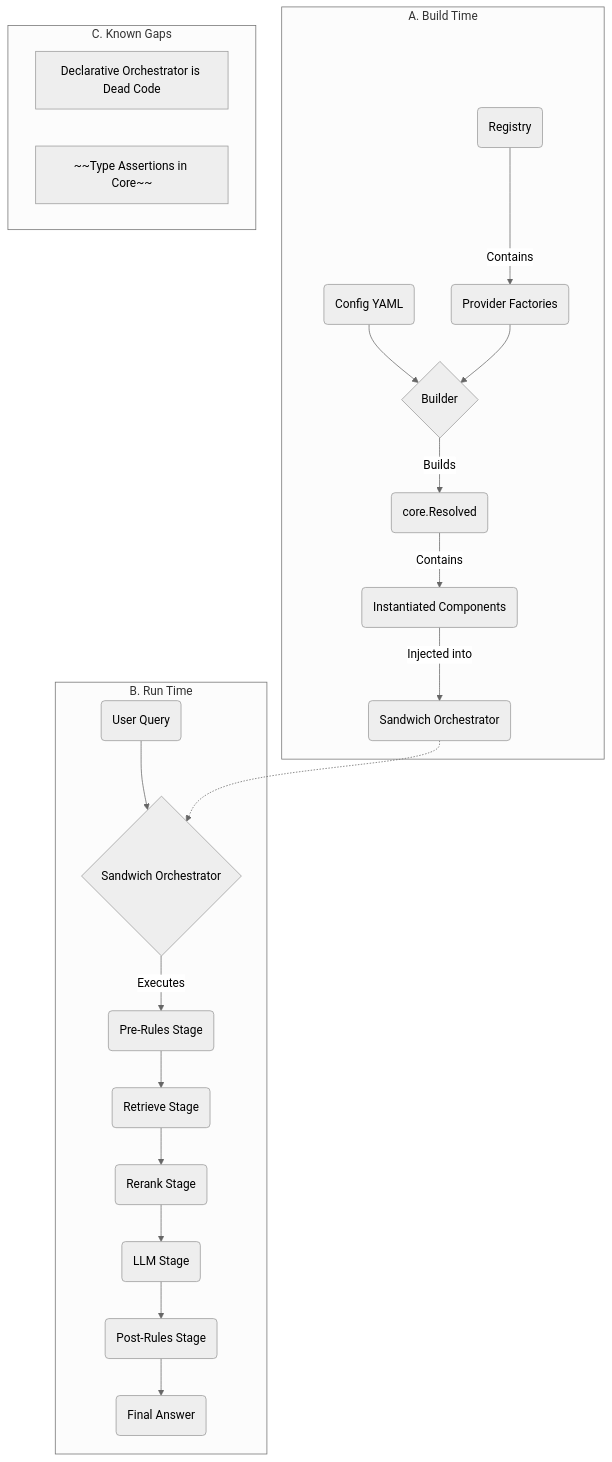
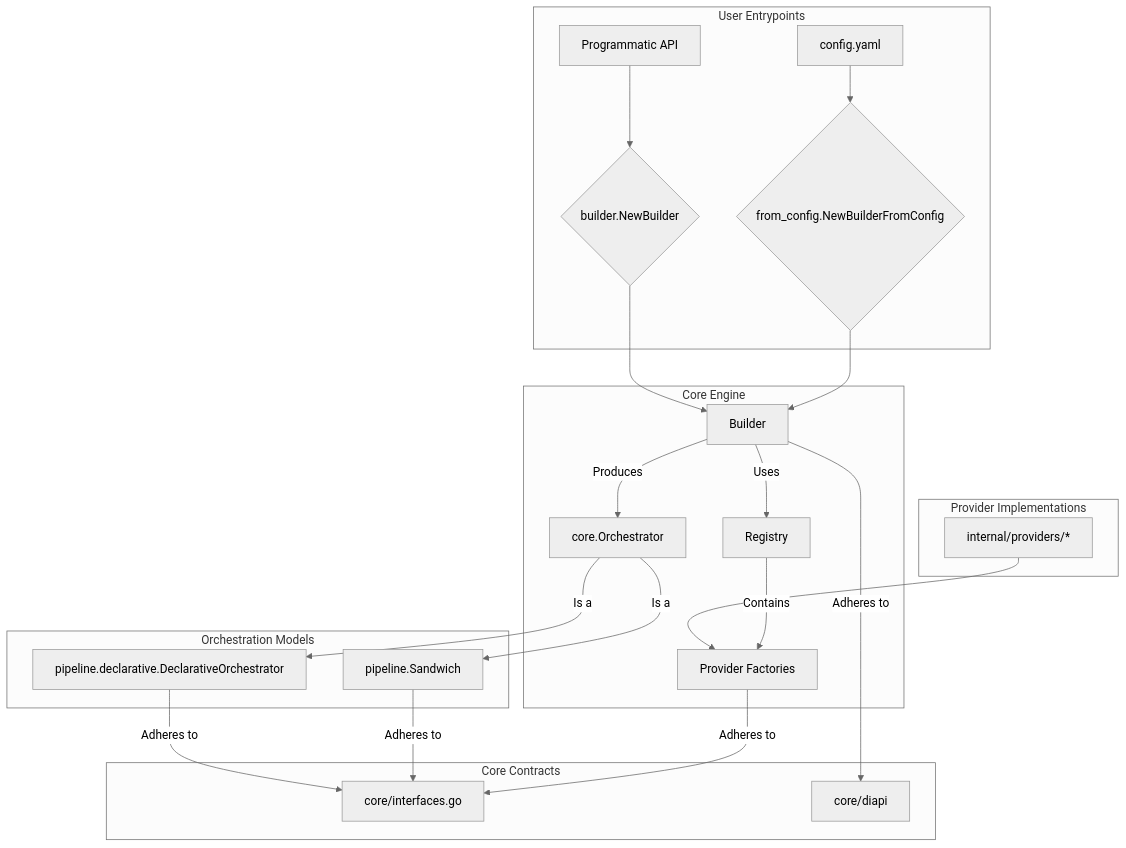
The diagram in docs/CONTEXT.md (duynguyendang/manglekit), drawn with Mermaid (neutral theme) before and after one commit. The commit also changed other lines of this file and 2 other files, not shown here.

First line of the commit message:
docs: Synchronize and update architectural documentation

````diff
--- a/docs/CONTEXT.md
+++ b/docs/CONTEXT.md
@@ -17,28 +17,36 @@
 ```mermaid
 graph TD
-    subgraph "A. Build Time"
-        A1(Config YAML) --> A2{Builder};
-        A3(Registry) -- Contains --> A4(Provider Factories);
-        A4 --> A2;
-        A2 -- Builds --> A5(core.Resolved);
-        A5 -- Contains --> A6(Instantiated Components);
-        A6 -- Injected into --> A7(Sandwich Orchestrator);
+    subgraph "User Entrypoints"
+        A[config.yaml] --> C{from_config.NewBuilderFromConfig}
+        B[Programmatic API] --> D{builder.NewBuilder}
     end
 
-    subgraph "B. Run Time"
-        B1(User Query) --> B2{Sandwich Orchestrator};
-        B2 -- Executes --> B3(Pre-Rules Stage);
-        B3 --> B4(Retrieve Stage);
-        B4 --> B5(Rerank Stage);
-        B5 --> B6(LLM Stage);
-        B6 --> B7(Post-Rules Stage);
-        B7 --> B8(Final Answer);
+    subgraph "Core Engine"
+        C --> E[Builder]
+        D --> E
+        E -- Uses --> F[Registry]
+        F -- Contains --> G[Provider Factories]
+        E -- Produces --> H[core.Orchestrator]
     end
 
-    subgraph "C. Known Gaps"
-       C1[Declarative Orchestrator is Dead Code]
-       C2[~~Type Assertions in Core~~]
+    subgraph "Provider Implementations"
+        I[internal/providers/*] --> G
     end
 
-    A7 -.-> B2;
+    subgraph "Orchestration Models"
+        J[pipeline.Sandwich]
+        K[pipeline.declarative.DeclarativeOrchestrator]
+        H -- Is a --> J
+        H -- Is a --> K
+    end
+
+    subgraph "Core Contracts"
+        L[core/interfaces.go]
+        M[core/diapi]
+    end
+
+    E -- Adheres to --> M
+    G -- Adheres to --> L
+    J -- Adheres to --> L
+    K -- Adheres to --> L
 ```
````
